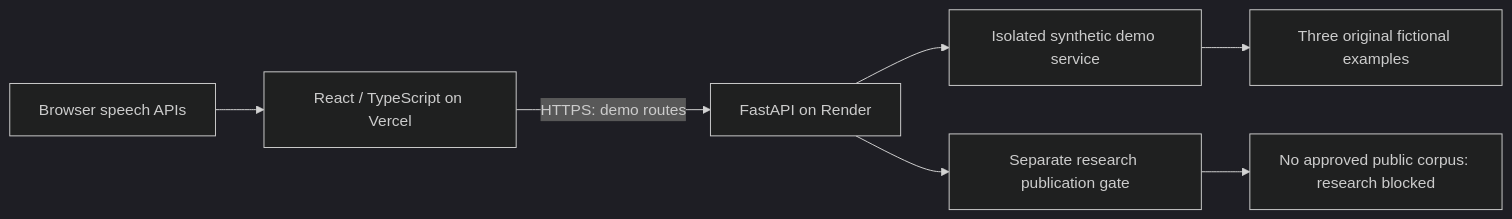
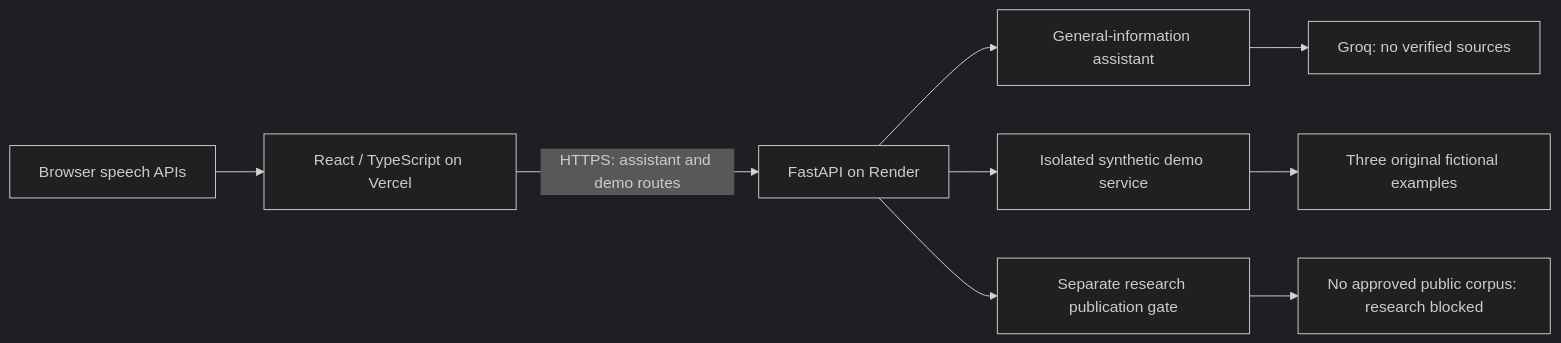
Before and after one commit to MoAftab-01/better-call-ai: the diagram in README.md, drawn with Mermaid (dark theme). The commit also changed other lines of this file and 18 other files, not shown here.

````diff
--- a/README.md
+++ b/README.md
@@ -44,9 +47,11 @@
 ```mermaid
 flowchart LR
-    UI[React / TypeScript on Vercel] -->|HTTPS: demo routes| API[FastAPI on Render]
+    UI[React / TypeScript on Vercel] -->|HTTPS: assistant and demo routes| API[FastAPI on Render]
+    API --> General[General-information assistant]
+    General --> Groq[Groq: no verified sources]
     API --> Demo[Isolated synthetic demo service]
     Demo --> Samples[Three original fictional examples]
     Voice[Browser speech APIs] --> UI
     API --> Gate[Separate research publication gate]
     Gate --> Blocked[No approved public corpus: research blocked]
 ```
````
